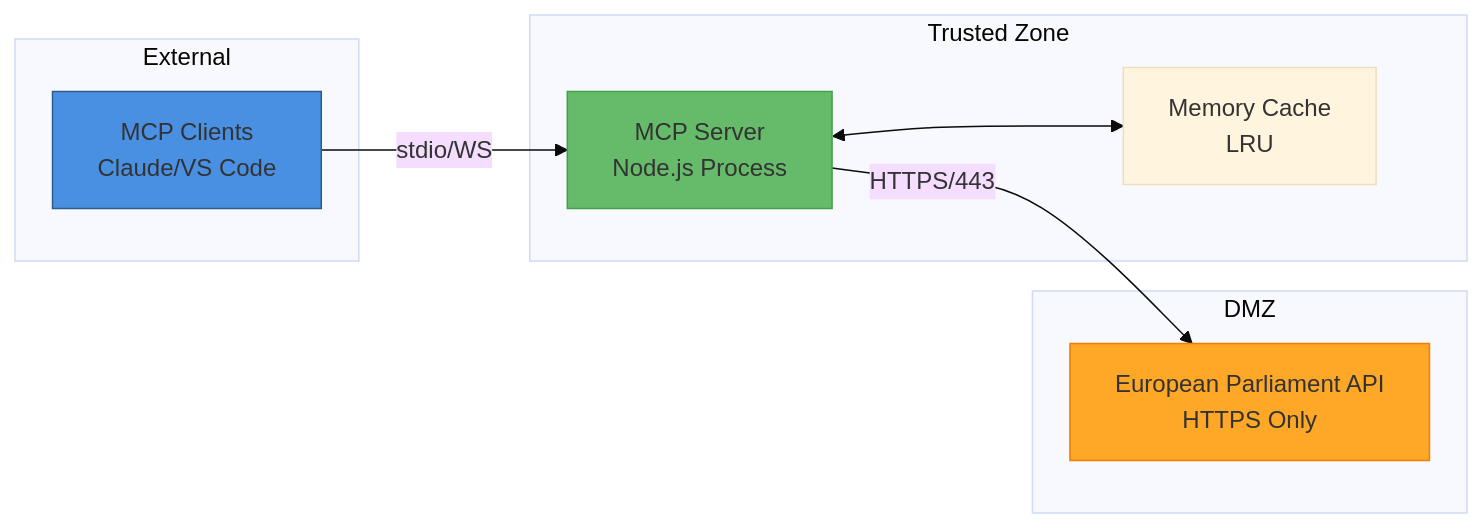
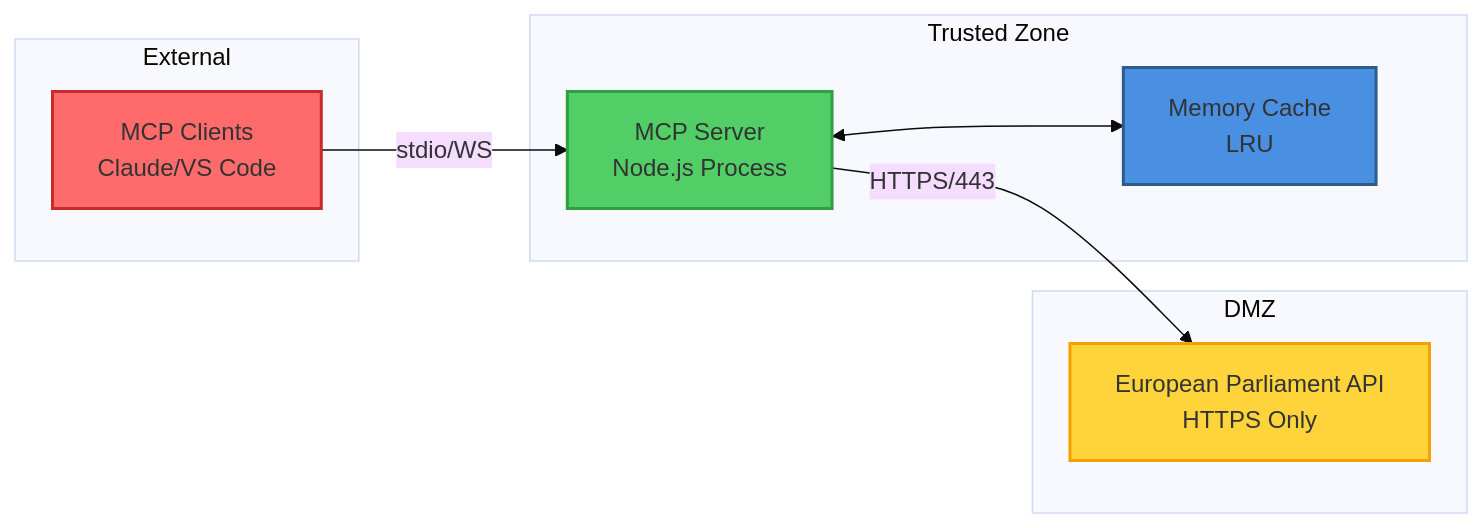
One commit to Hack23/European-Parliament-MCP-Server changed the seventh of 27 diagrams in docs/api/media/SECURITY_ARCHITECTURE.md. Above: the diagram before and after it, drawn with Mermaid (base theme). The commit also changed other lines of this file and 112 other files, not shown here.

````diff
--- a/docs/api/media/SECURITY_ARCHITECTURE.md
+++ b/docs/api/media/SECURITY_ARCHITECTURE.md
@@ -411,23 +662,24 @@
 ```mermaid
 graph LR
     subgraph "Trusted Zone"
         MCP[MCP Server<br/>Node.js Process]
         CACHE[Memory Cache<br/>LRU]
     end
     
     subgraph "DMZ"
         EP_API[European Parliament API<br/>HTTPS Only]
     end
     
     subgraph "External"
         CLIENT[MCP Clients<br/>Claude/VS Code]
     end
     
     CLIENT -->|stdio/WS| MCP
     MCP -->|HTTPS/443| EP_API
     MCP <--> CACHE
     
-    style MCP fill:#66BB6A,stroke:#43A047
-    style EP_API fill:#FFA726,stroke:#F57C00
-    style CLIENT fill:#4A90E2,stroke:#2E5C8A
+    style MCP fill:#51cf66,stroke:#2f9e44,stroke-width:2px
+    style EP_API fill:#ffd43b,stroke:#f59f00,stroke-width:2px
+    style CLIENT fill:#ff6b6b,stroke:#c92a2a,stroke-width:2px
+    style CACHE fill:#4a90e2,stroke:#2e5c8a,stroke-width:2px
 ```
````
